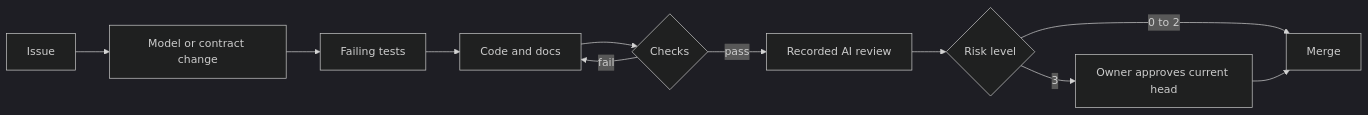
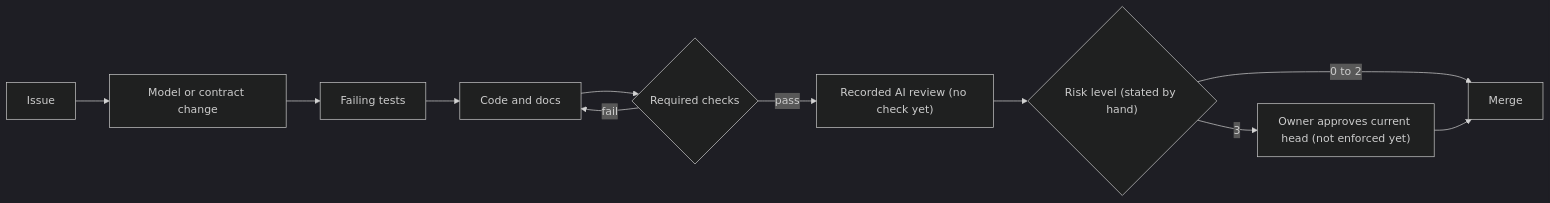
The diagram in README.md (Stig-Johnny/shipping-reference-platform), drawn with Mermaid (dark theme) before and after one commit. The commit also changed other lines of this file and 7 other files, not shown here.

````diff
--- a/README.md
+++ b/README.md
@@ -34,12 +125,12 @@
 ```mermaid
 flowchart LR
     I[Issue] --> M[Model or contract change]
     M --> T[Failing tests]
     T --> C[Code and docs]
-    C --> K{Checks}
+    C --> K{Required checks}
     K -- fail --> C
-    K -- pass --> R[Recorded AI review]
-    R --> L{Risk level}
+    K -- pass --> R["Recorded AI review (no check yet)"]
+    R --> L{"Risk level (stated by hand)"}
     L -- 0 to 2 --> G[Merge]
-    L -- 3 --> O[Owner approves current head] --> G
+    L -- 3 --> O["Owner approves current head (not enforced yet)"] --> G
 ```
````
